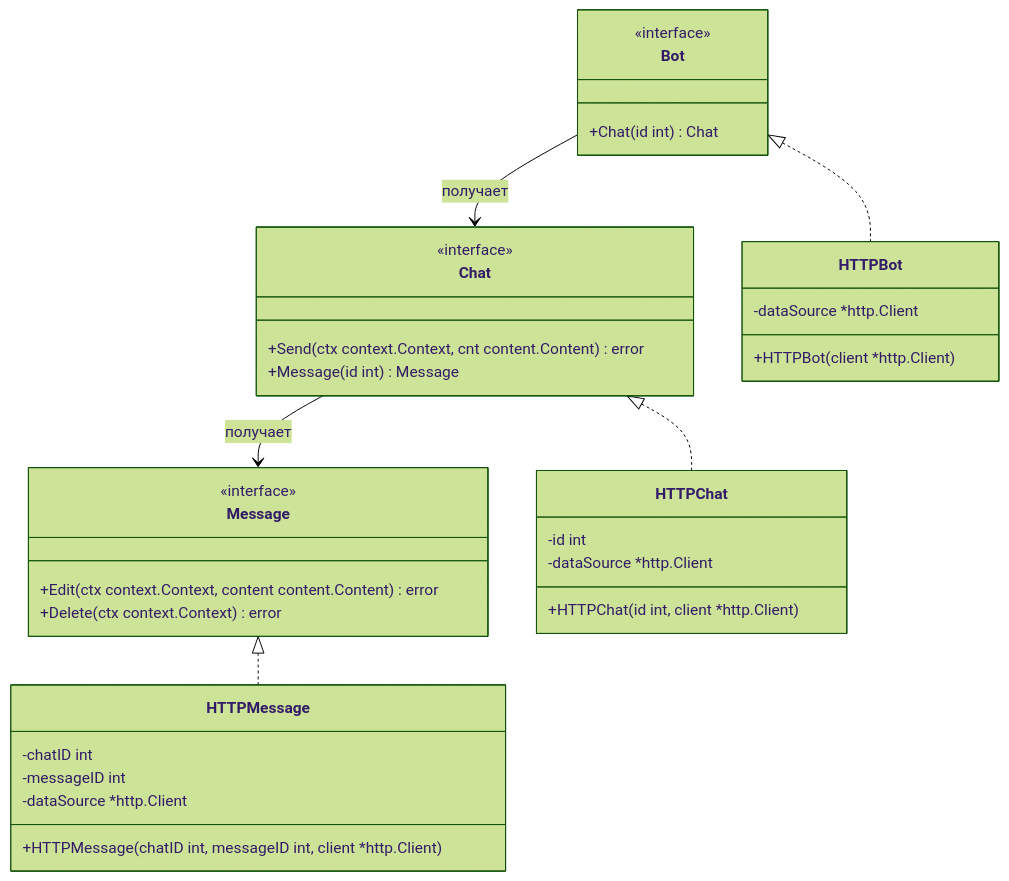
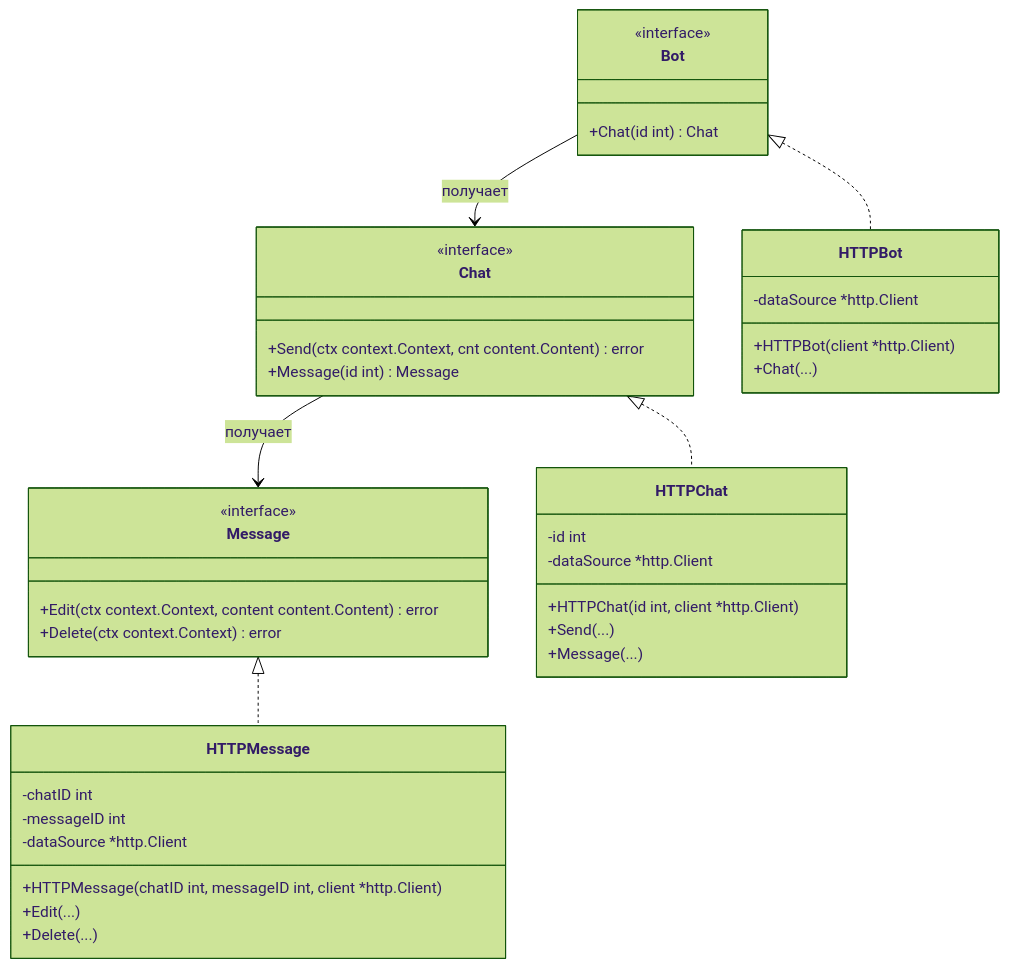
Before and after one commit to andreychh/coopera: the second of 4 diagrams in docs/ru/bot-class-diagram.md, drawn with Mermaid (forest theme). The commit also changed other lines of this file, not shown here.

Commit message:
#95: Update bot class diagram with new methods for user and chat handling

````diff
--- a/docs/ru/bot-class-diagram.md
+++ b/docs/ru/bot-class-diagram.md
@@ -64,47 +70,52 @@
 ```mermaid
 classDiagram
     direction TB
 
     class Bot {
         <<interface>>
         +Chat(id int) Chat
     }
 
     class Chat {
         <<interface>>
         +Send(ctx context.Context, cnt content.Content) error
         +Message(id int) Message
     }
 
     class Message {
         <<interface>>
         +Edit(ctx context.Context, content content.Content) error
         +Delete(ctx context.Context) error
     }
 %% http
 
     class HTTPBot {
         -dataSource *http.Client
         +HTTPBot(client *http.Client)
+        +Chat(...)
     }
     class HTTPChat {
         -id int
         -dataSource *http.Client
         +HTTPChat(id int, client *http.Client)
+        +Send(...)
+        +Message(...)
     }
     class HTTPMessage {
         -chatID int
         -messageID int
         -dataSource *http.Client
         +HTTPMessage(chatID int, messageID int, client *http.Client)
+        +Edit(...)
+        +Delete(...)
     }
 %% Отношения (связи):
 
 %% Bot создает/получает Chat (Ассоциация/Фабрика)
     Bot --> Chat: получает
 %% Chat создает/получает Message (Ассоциация/Фабрика)
     Chat --> Message: получает
     Bot <|.. HTTPBot
     Chat <|.. HTTPChat
     Message <|.. HTTPMessage
 ```
````
